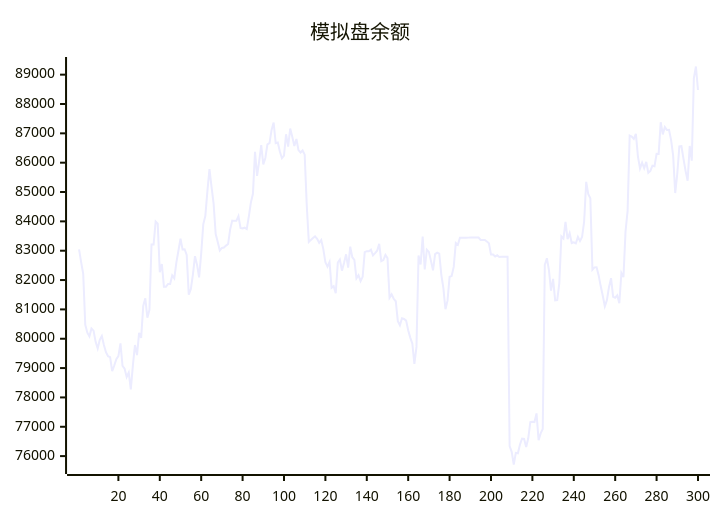
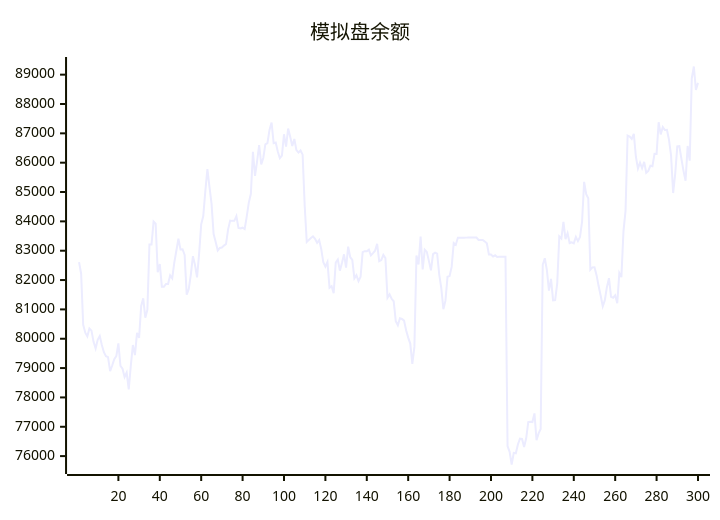
The diagram in README.md (aahl/ai-trading), drawn with Mermaid before and after one commit. The commit also changed other lines of this file and 1 other file, not shown here.

````diff
--- a/README.md
+++ b/README.md
@@ -5,5 +5,5 @@
 ```mermaid
 xychart
     title "模拟盘余额"
-    line [83043,82613,82216,80477,80208,80081,80348,80277,79894,79670,79965,80093,79786,79542,79406,79371,78893,79087,79304,79406,79841,79072,78978,78696,78846,78272,79085,79787,79442,80198,80031,81120,81379,80718,80985,83214,83212,83993,83921,82270,82547,81776,81776,81866,81866,82158,82061,82596,83000,83408,83041,83050,82858,81503,81691,82188,82812,82517,82092,82901,83898,84180,85030,85781,85178,84604,83569,83298,83008,83093,83107,83175,83228,83729,84025,84017,84019,84177,83775,83762,83785,83738,84160,84639,84939,86370,85548,86046,86599,85942,86161,86622,86664,87115,87369,86666,86685,86384,86152,86243,86969,86548,87164,86885,86566,86809,86427,86348,86417,86273,84538,83299,83369,83430,83490,83404,83270,83362,83056,82605,82459,82614,81734,81788,81551,82598,82702,82320,82580,82878,82426,83139,82778,82686,82056,82166,81963,82110,82951,82983,82984,83038,82838,82915,82998,83235,82642,82682,82858,82746,81396,81512,81362,81277,80600,80461,80699,80673,80616,80288,80038,79836,79142,79722,82837,82533,83480,82366,83032,82960,82654,82330,82883,82934,82901,82188,81728,81005,81298,82110,82135,82449,83264,83203,83440,83439,83440,83440,83446,83447,83448,83447,83448,83449,83369,83369,83369,83313,83256,82872,82873,82801,82844,82785,82791,82791,82793,82794,76339,76145,75714,76110,76096,76397,76594,76585,76310,76607,77160,77170,77160,77456,76541,76774,76927,82520,82744,82337,81639,82040,81307,81314,81887,83490,83414,83984,83396,83594,83261,83287,83253,83470,83327,83465,83987,85348,84930,84786,82355,82433,82438,82167,81795,81466,81105,81315,81756,82064,81426,81398,81481,81210,82242,82099,83658,84359,86925,86892,86814,86980,86203,85802,86003,85811,86028,85657,85721,85896,85880,86300,86299,87378,86965,87214,87115,87118,86780,86238,84966,85623,86555,86562,86129,85722,85387,86569,86070,88870,89278,88477]
+    line [82613,82216,80477,80208,80081,80348,80277,79894,79670,79965,80093,79786,79542,79406,79371,78893,79087,79304,79406,79841,79072,78978,78696,78846,78272,79085,79787,79442,80198,80031,81120,81379,80718,80985,83214,83212,83993,83921,82270,82547,81776,81776,81866,81866,82158,82061,82596,83000,83408,83041,83050,82858,81503,81691,82188,82812,82517,82092,82901,83898,84180,85030,85781,85178,84604,83569,83298,83008,83093,83107,83175,83228,83729,84025,84017,84019,84177,83775,83762,83785,83738,84160,84639,84939,86370,85548,86046,86599,85942,86161,86622,86664,87115,87369,86666,86685,86384,86152,86243,86969,86548,87164,86885,86566,86809,86427,86348,86417,86273,84538,83299,83369,83430,83490,83404,83270,83362,83056,82605,82459,82614,81734,81788,81551,82598,82702,82320,82580,82878,82426,83139,82778,82686,82056,82166,81963,82110,82951,82983,82984,83038,82838,82915,82998,83235,82642,82682,82858,82746,81396,81512,81362,81277,80600,80461,80699,80673,80616,80288,80038,79836,79142,79722,82837,82533,83480,82366,83032,82960,82654,82330,82883,82934,82901,82188,81728,81005,81298,82110,82135,82449,83264,83203,83440,83439,83440,83440,83446,83447,83448,83447,83448,83449,83369,83369,83369,83313,83256,82872,82873,82801,82844,82785,82791,82791,82793,82794,76339,76145,75714,76110,76096,76397,76594,76585,76310,76607,77160,77170,77160,77456,76541,76774,76927,82520,82744,82337,81639,82040,81307,81314,81887,83490,83414,83984,83396,83594,83261,83287,83253,83470,83327,83465,83987,85348,84930,84786,82355,82433,82438,82167,81795,81466,81105,81315,81756,82064,81426,81398,81481,81210,82242,82099,83658,84359,86925,86892,86814,86980,86203,85802,86003,85811,86028,85657,85721,85896,85880,86300,86299,87378,86965,87214,87115,87118,86780,86238,84966,85623,86555,86562,86129,85722,85387,86569,86070,88870,89278,88477,88720]
 ```
````
